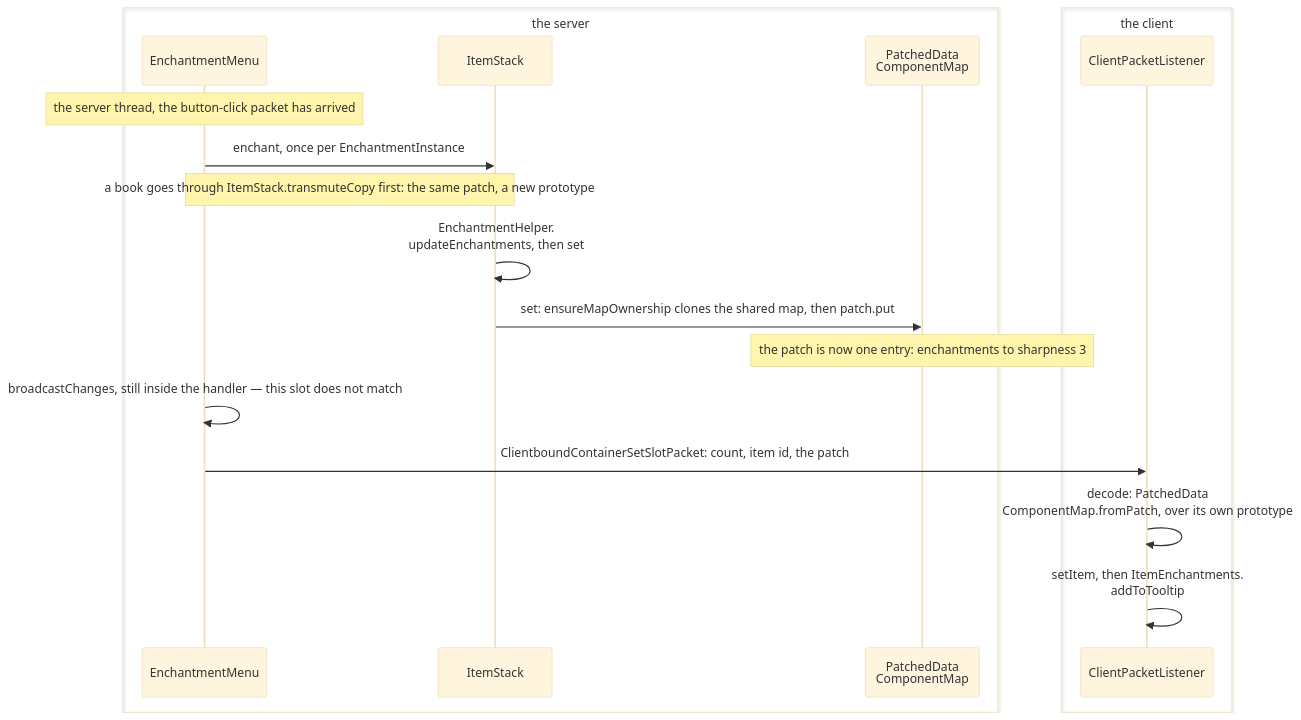
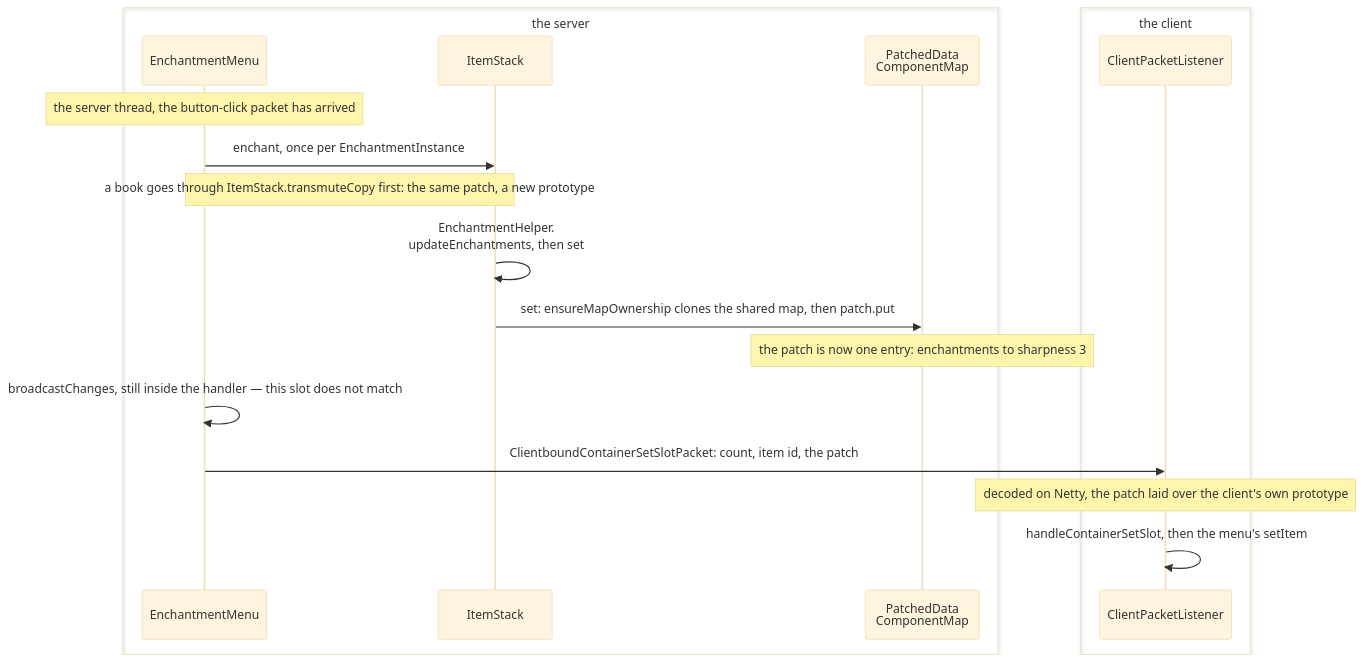
One commit to AlexanderjFraser/MinecraftDocs changed the second of 2 diagrams in src/systems/foundations/data-components.md. Above: the diagram before and after it, drawn with Mermaid (base theme). The commit also changed other lines of this file and 31 other files, not shown here.

````diff
--- a/src/systems/foundations/data-components.md
+++ b/src/systems/foundations/data-components.md
@@ -305,22 +314,22 @@
 ```mermaid
 sequenceDiagram
     box transparent the server
     participant EM as EnchantmentMenu
     participant IStack as ItemStack
     participant PDM as PatchedData<br/>ComponentMap
     end
     box transparent the client
     participant CPL as ClientPacketListener
     end
 
     Note over EM: the server thread, the button-click packet has arrived
     EM->>IStack: enchant, once per EnchantmentInstance
     Note over EM,IStack: a book goes through ItemStack.transmuteCopy first: the same patch, a new prototype
     IStack->>IStack: EnchantmentHelper.<br/>updateEnchantments, then set
     IStack->>PDM: set: ensureMapOwnership clones the shared map, then patch.put
     Note over PDM: the patch is now one entry: enchantments to sharpness 3
     EM->>EM: broadcastChanges, still inside the handler — this slot does not match
     EM->>CPL: ClientboundContainerSetSlotPacket: count, item id, the patch
-    CPL->>CPL: decode: PatchedData<br/>ComponentMap.fromPatch, over its own prototype
-    CPL->>CPL: setItem, then ItemEnchantments.<br/>addToTooltip
+    Note over CPL: decoded on Netty, the patch laid over the client's own prototype
+    CPL->>CPL: handleContainerSetSlot, then the menu's setItem
 ```
````
